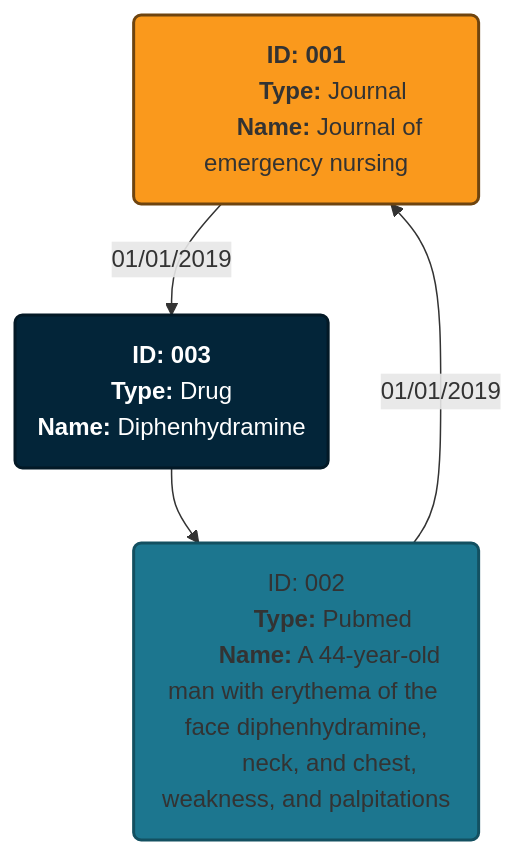
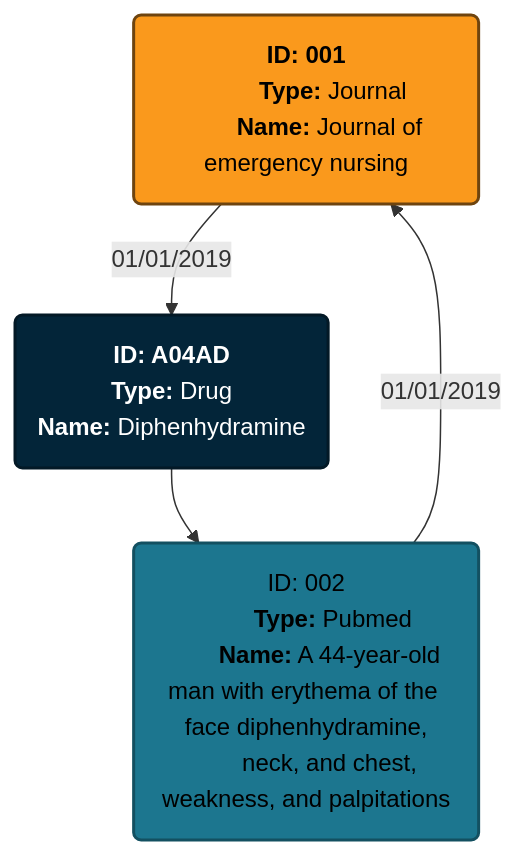
Before and after one commit to AlexandreBidon/servier-test: the diagram in README.md, drawn with Mermaid. The commit also changed other lines of this file, not shown here.

````diff
--- a/README.md
+++ b/README.md
@@ -138,31 +139,31 @@
 ```mermaid
 graph TD;
-    classDef journal stroke:#6e440f,fill:#fa991c,stroke-width:2px
-    classDef pubmed stroke:#135061,fill:#1c768f,stroke-width:2px
+    classDef journal stroke:#6e440f,fill:#fa991c,color:#000,stroke-width:2px
+    classDef pubmed stroke:#135061,fill:#1c768f,color:#000,stroke-width:2px
     classDef drug stroke:#031926,fill:#032539,color:#fff,stroke-width:2px
 
     journal001("
         <b>ID: 001</b>
         <b>Type:</b> Journal
         <b>Name:</b> Journal of emergency nursing
     "):::journal
 
     pubmed002("
         ID: 002
         <b>Type:</b> Pubmed
         <b>Name:</b> A 44-year-old man with erythema of the face diphenhydramine,
         neck, and chest, weakness, and palpitations
     "):::pubmed
 
     drug003("
-        <b>ID: 003</b>
+        <b>ID: A04AD</b>
         <b>Type:</b> Drug
         <b>Name:</b> Diphenhydramine
     "):::drug
 
     pubmed002 -->|01/01/2019| journal001
 
     drug003 --> pubmed002
 
     journal001 -->|01/01/2019| drug003
 ```
````
